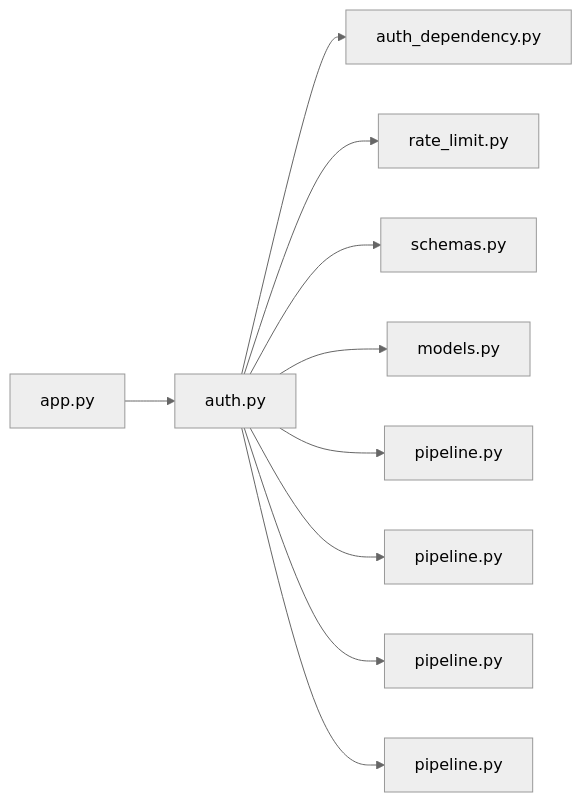
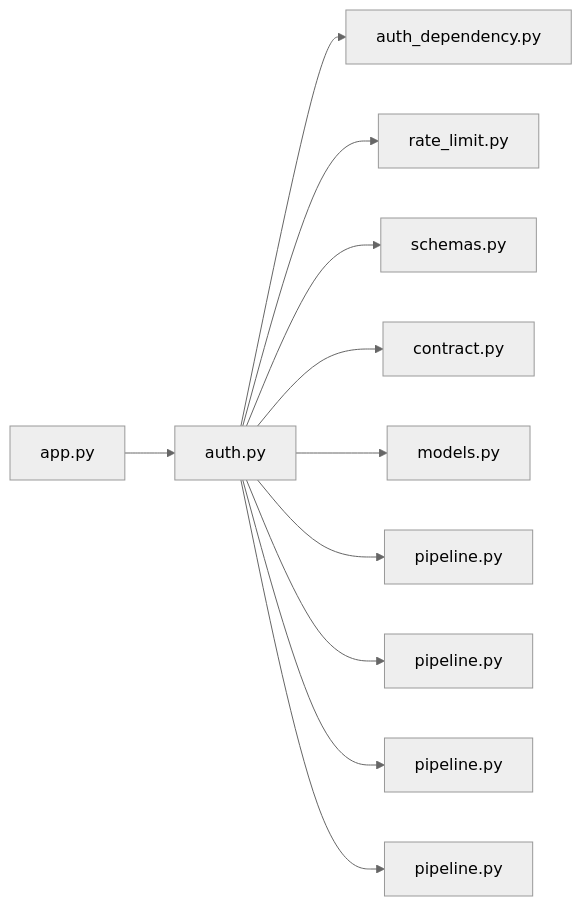
Before and after one commit to minkong-dev/Banblit: the diagram in .cluedoc/graph/backend/src/backend/api/routers/auth.md, drawn with Mermaid (neutral theme). The commit also changed other lines of this file and 48 other files, not shown here.

First line of the commit message:
backend: split file storage into its own module and keep shared literals in contract

````diff
--- a/.cluedoc/graph/backend/src/backend/api/routers/auth.md
+++ b/.cluedoc/graph/backend/src/backend/api/routers/auth.md
@@ -10,13 +10,14 @@
 ```mermaid
 flowchart LR
   backend_src_backend_api_routers_auth["auth.py"]
   backend_src_backend_api_routers_auth --> backend_src_backend_api_auth_dependency["auth_dependency.py"]
   backend_src_backend_api_routers_auth --> backend_src_backend_api_rate_limit["rate_limit.py"]
   backend_src_backend_api_routers_auth --> backend_src_backend_api_schemas["schemas.py"]
+  backend_src_backend_api_routers_auth --> backend_src_backend_contract["contract.py"]
   backend_src_backend_api_routers_auth --> backend_src_backend_db_models["models.py"]
   backend_src_backend_api_routers_auth --> backend_src_backend_db_pipeline["pipeline.py"]
   backend_src_backend_api_routers_auth --> backend_src_backend_services_auth_pipeline["pipeline.py"]
   backend_src_backend_api_routers_auth --> backend_src_backend_services_permission_pipeline["pipeline.py"]
   backend_src_backend_api_routers_auth --> backend_src_backend_services_roster_pipeline["pipeline.py"]
   backend_src_backend_api_app["app.py"] --> backend_src_backend_api_routers_auth
 ```
````
